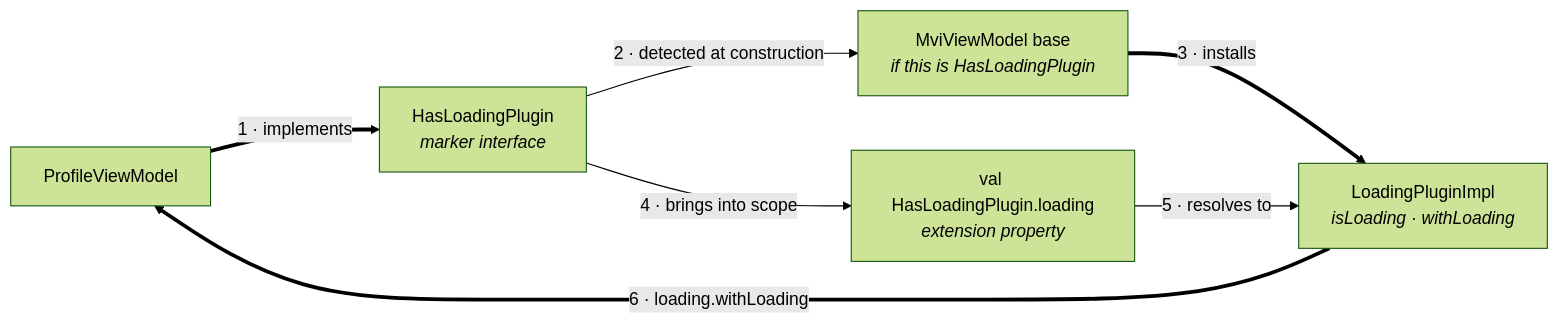
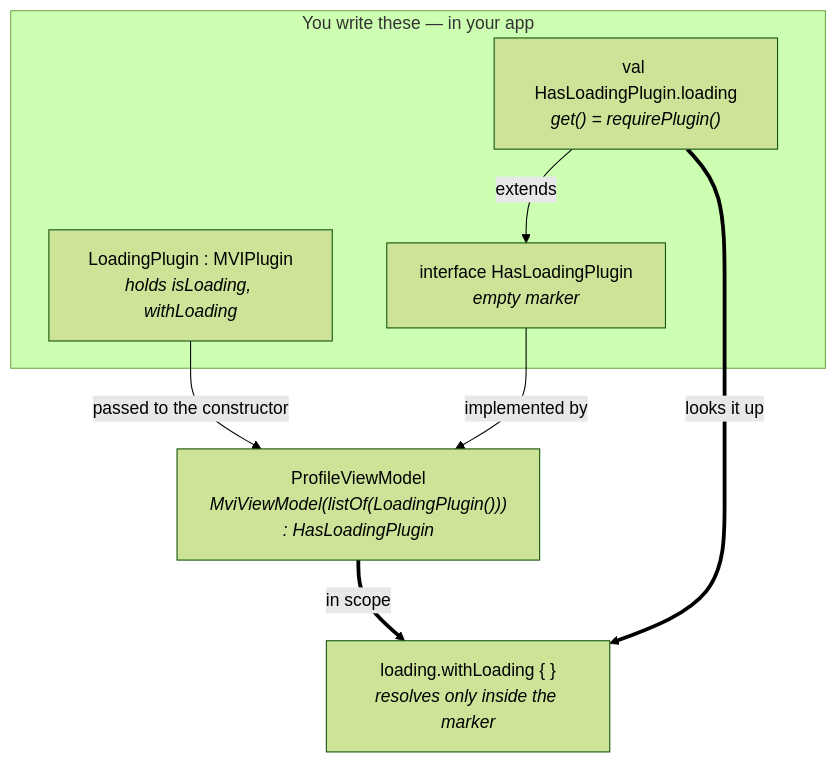
One commit to Alinasser96/MVIdelg changed the second of 4 diagrams in README.md. Above: the diagram before and after it, drawn with Mermaid (forest theme). The commit also changed other lines of this file and 32 other files, not shown here.

````diff
--- a/README.md
+++ b/README.md
@@ -287,15 +277,17 @@
 ```mermaid
-graph LR
-    VM["ProfileViewModel"]
-    MK["HasLoadingPlugin<br/><i>marker interface</i>"]
-    BS["MviViewModel base<br/><i>if this is HasLoadingPlugin</i>"]
-    IMPL["LoadingPluginImpl<br/><i>isLoading · withLoading</i>"]
-    ACC["val HasLoadingPlugin.loading<br/><i>extension property</i>"]
+graph TB
+    subgraph YOURS["You write these — in your app"]
+        P["LoadingPlugin : MVIPlugin<br/><i>holds isLoading, withLoading</i>"]
+        M["interface HasLoadingPlugin<br/><i>empty marker</i>"]
+        A["val HasLoadingPlugin.loading<br/><i>get() = requirePlugin()</i>"]
+    end
 
-    VM ==>|"1 · implements"| MK
-    MK -->|"2 · detected at construction"| BS
-    BS ==>|"3 · installs"| IMPL
-    MK -->|"4 · brings into scope"| ACC
-    ACC -->|"5 · resolves to"| IMPL
-    IMPL ==>|"6 · loading.withLoading"| VM
+    VM["ProfileViewModel<br/><i>MviViewModel(listOf(LoadingPlugin()))</i><br/><i>: HasLoadingPlugin</i>"]
+    USE["loading.withLoading { }<br/><i>resolves only inside the marker</i>"]
+
+    P -->|"passed to the constructor"| VM
+    M -->|"implemented by"| VM
+    A -->|"extends"| M
+    VM ==>|"in scope"| USE
+    A ==>|"looks it up"| USE
 ```
````
